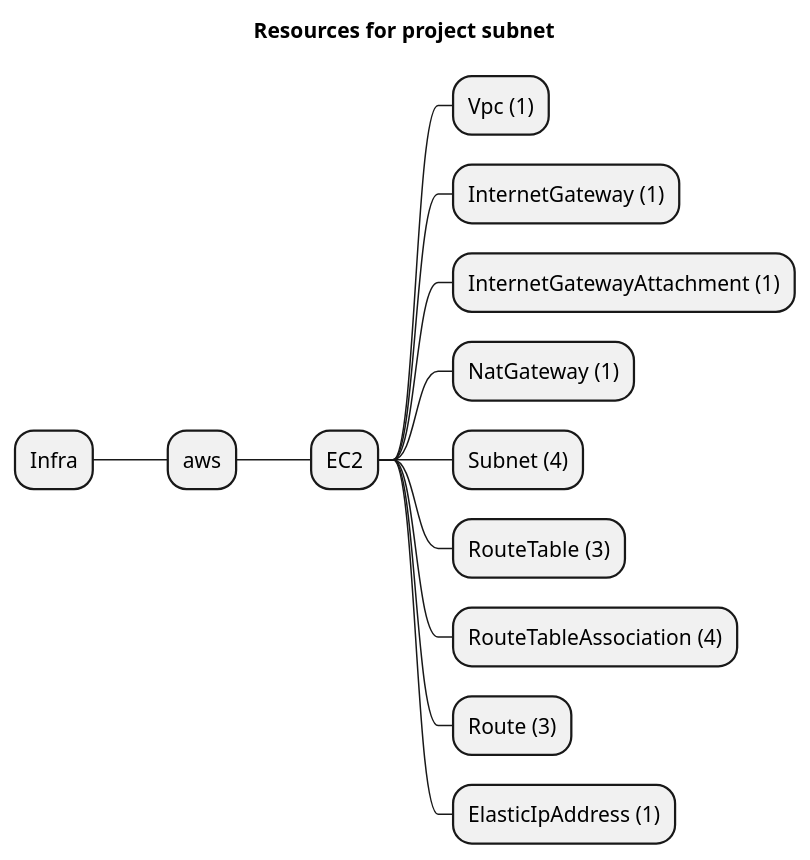
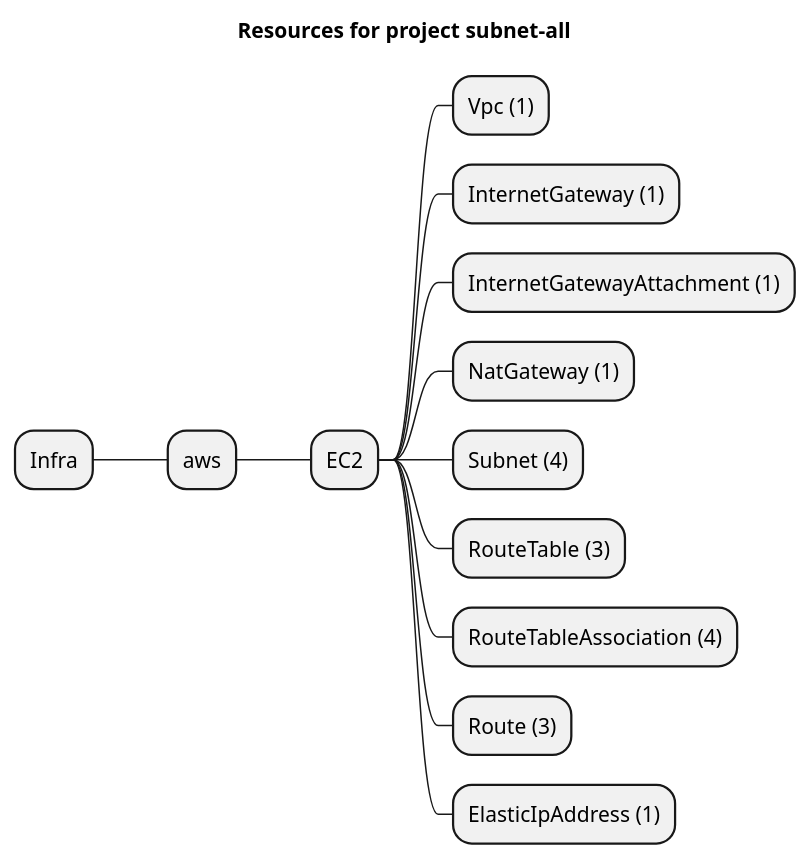
Before and after one commit to grucloud/grucloud: the diagram in examples/aws/EC2/Subnet/subnet-all/artifacts/resources-mindmap.puml, drawn with PlantUML. The commit also changed 766 other files, not shown here.

Commit message:
update diagram

```diff
--- a/examples/aws/EC2/Subnet/subnet-all/artifacts/resources-mindmap.puml
+++ b/examples/aws/EC2/Subnet/subnet-all/artifacts/resources-mindmap.puml
@@ -1,16 +1,16 @@
 @startmindmap
-title Resources for project subnet
+title Resources for project subnet-all
 skinparam monochrome true
 + Infra
 ++ aws
 +++ EC2
 ++++ Vpc (1)
 ++++ InternetGateway (1)
 ++++ InternetGatewayAttachment (1)
 ++++ NatGateway (1)
 ++++ Subnet (4)
 ++++ RouteTable (3)
 ++++ RouteTableAssociation (4)
 ++++ Route (3)
 ++++ ElasticIpAddress (1)
 @endmindmap
```
